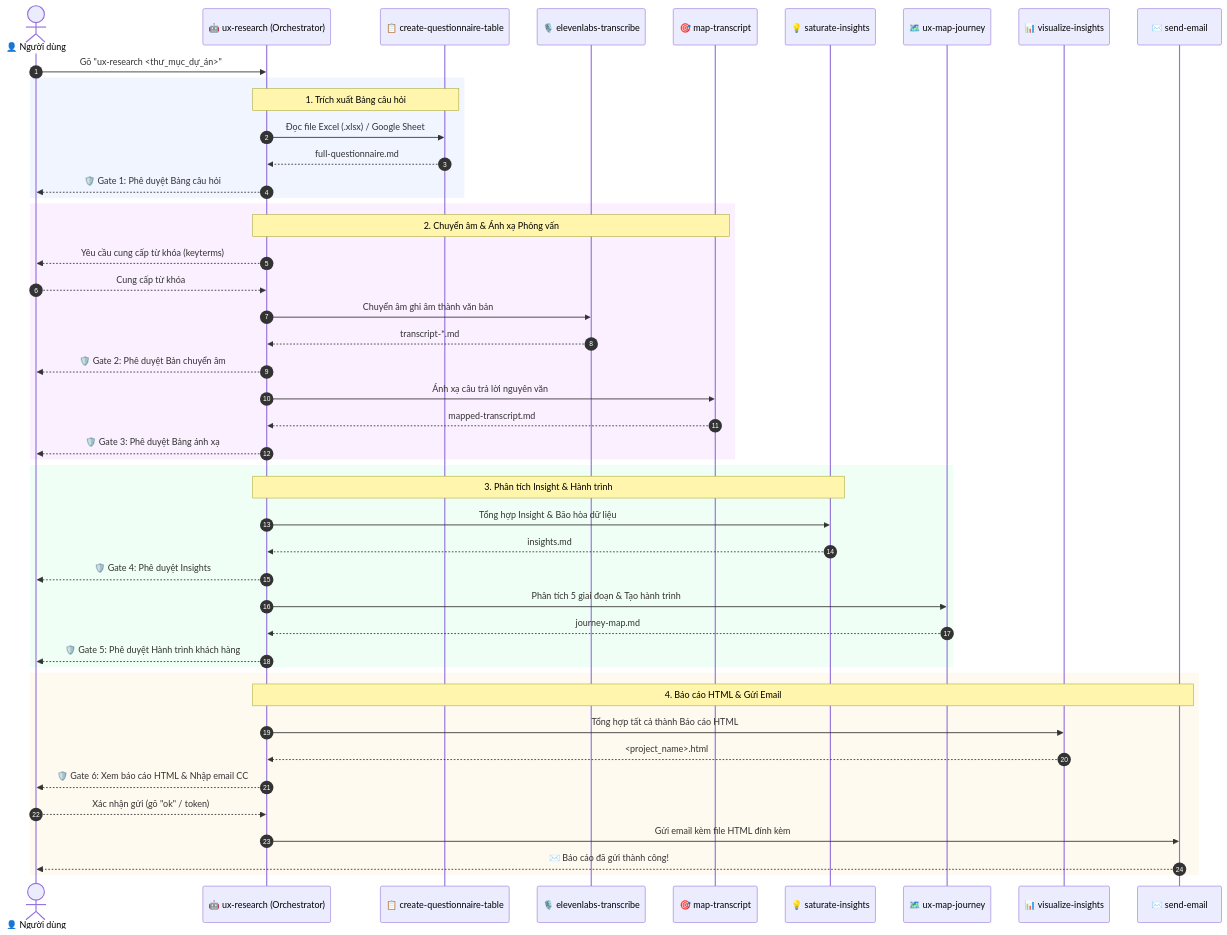
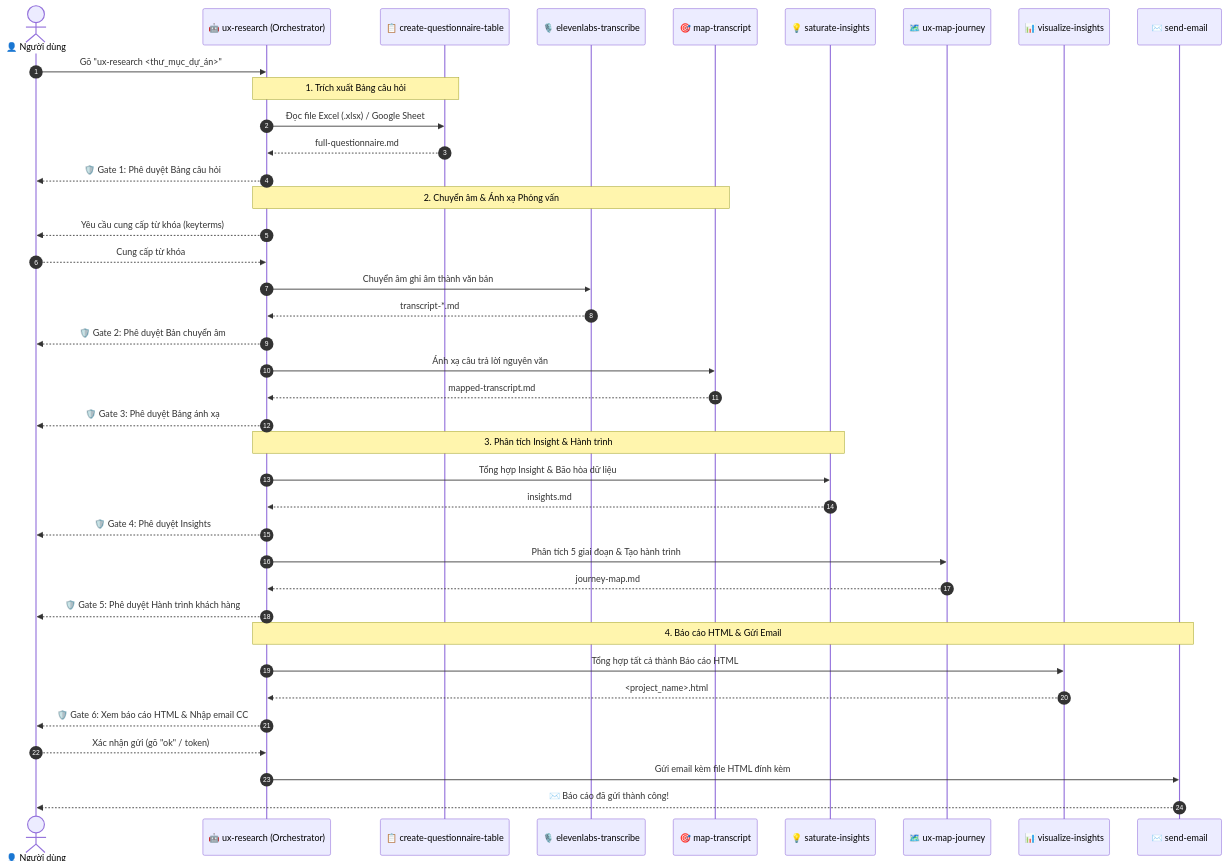
One commit to nguyenlamhai89/UX-Agent changed the diagram in README.md. Above: the diagram before and after it, drawn with Mermaid.

Commit message:
docs: use default background styling in Mermaid sequence diagram

````diff
--- a/README.md
+++ b/README.md
@@ -42,54 +42,46 @@
 ```mermaid
 sequenceDiagram
     autonumber
     actor User as 👤 Người dùng
     participant Parent as 🤖 ux-research (Orchestrator)
     participant CQT as 📋 create-questionnaire-table
     participant STT as 🎙️ elevenlabs-transcribe
     participant MT as 🎯 map-transcript
     participant SA as 💡 saturate-insights
     participant UXM as 🗺️ ux-map-journey
     participant VIS as 📊 visualize-insights
     participant EMAIL as ✉️ send-email
 
     User->>Parent: Gõ "ux-research <thư_mục_dự_án>"
     
-    rect rgb(240, 245, 255)
-        Note over Parent, CQT: 1. Trích xuất Bảng câu hỏi
-        Parent->>CQT: Đọc file Excel (.xlsx) / Google Sheet
-        CQT-->>Parent: full-questionnaire.md
-        Parent-->>User: 🛡️ Gate 1: Phê duyệt Bảng câu hỏi
-    end
+    Note over Parent, CQT: 1. Trích xuất Bảng câu hỏi
+    Parent->>CQT: Đọc file Excel (.xlsx) / Google Sheet
+    CQT-->>Parent: full-questionnaire.md
+    Parent-->>User: 🛡️ Gate 1: Phê duyệt Bảng câu hỏi
 
-    rect rgb(250, 240, 255)
-        Note over Parent, MT: 2. Chuyển âm & Ánh xạ Phỏng vấn
-        Parent-->>User: Yêu cầu cung cấp từ khóa (keyterms)
-        User-->>Parent: Cung cấp từ khóa
-        Parent->>STT: Chuyển âm ghi âm thành văn bản
-        STT-->>Parent: transcript-*.md
-        Parent-->>User: 🛡️ Gate 2: Phê duyệt Bản chuyển âm
-        Parent->>MT: Ánh xạ câu trả lời nguyên văn
-        MT-->>Parent: mapped-transcript.md
-        Parent-->>User: 🛡️ Gate 3: Phê duyệt Bảng ánh xạ
-    end
+    Note over Parent, MT: 2. Chuyển âm & Ánh xạ Phỏng vấn
+    Parent-->>User: Yêu cầu cung cấp từ khóa (keyterms)
+    User-->>Parent: Cung cấp từ khóa
+    Parent->>STT: Chuyển âm ghi âm thành văn bản
+    STT-->>Parent: transcript-*.md
+    Parent-->>User: 🛡️ Gate 2: Phê duyệt Bản chuyển âm
+    Parent->>MT: Ánh xạ câu trả lời nguyên văn
+    MT-->>Parent: mapped-transcript.md
+    Parent-->>User: 🛡️ Gate 3: Phê duyệt Bảng ánh xạ
 
-    rect rgb(240, 255, 245)
-        Note over Parent, SA: 3. Phân tích Insight & Hành trình
-        Parent->>SA: Tổng hợp Insight & Bão hòa dữ liệu
-        SA-->>Parent: insights.md
-        Parent-->>User: 🛡️ Gate 4: Phê duyệt Insights
-        Parent->>UXM: Phân tích 5 giai đoạn & Tạo hành trình
-        UXM-->>Parent: journey-map.md
-        Parent-->>User: 🛡️ Gate 5: Phê duyệt Hành trình khách hàng
-    end
+    Note over Parent, SA: 3. Phân tích Insight & Hành trình
+    Parent->>SA: Tổng hợp Insight & Bão hòa dữ liệu
+    SA-->>Parent: insights.md
+    Parent-->>User: 🛡️ Gate 4: Phê duyệt Insights
+    Parent->>UXM: Phân tích 5 giai đoạn & Tạo hành trình
+    UXM-->>Parent: journey-map.md
+    Parent-->>User: 🛡️ Gate 5: Phê duyệt Hành trình khách hàng
 
-    rect rgb(255, 250, 240)
-        Note over Parent, EMAIL: 4. Báo cáo HTML & Gửi Email
-        Parent->>VIS: Tổng hợp tất cả thành Báo cáo HTML
-        VIS-->>Parent: <project_name>.html
-        Parent-->>User: 🛡️ Gate 6: Xem báo cáo HTML & Nhập email CC
-        User-->>Parent: Xác nhận gửi (gõ "ok" / token)
-        Parent->>EMAIL: Gửi email kèm file HTML đính kèm
-        EMAIL-->>User: ✉️ Báo cáo đã gửi thành công!
-    end
+    Note over Parent, EMAIL: 4. Báo cáo HTML & Gửi Email
+    Parent->>VIS: Tổng hợp tất cả thành Báo cáo HTML
+    VIS-->>Parent: <project_name>.html
+    Parent-->>User: 🛡️ Gate 6: Xem báo cáo HTML & Nhập email CC
+    User-->>Parent: Xác nhận gửi (gõ "ok" / token)
+    Parent->>EMAIL: Gửi email kèm file HTML đính kèm
+    EMAIL-->>User: ✉️ Báo cáo đã gửi thành công!
 ```
````
